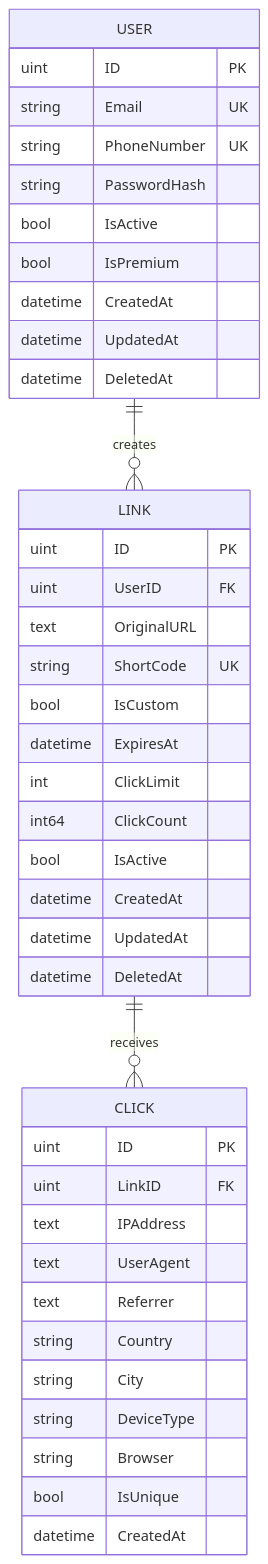
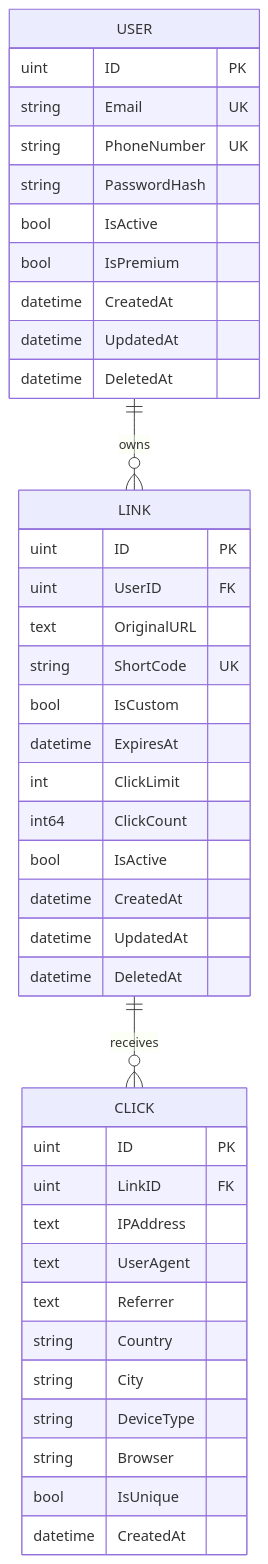
One commit to AmirMotefaker/LinkResan changed the third of 7 diagrams in README.md. Above: the diagram before and after it, drawn with Mermaid. The commit also changed other lines of this file, not shown here.

````diff
--- a/README.md
+++ b/README.md
@@ -250,46 +420,46 @@
 ```mermaid
 erDiagram
-    USER ||--o{ LINK : creates
+    USER ||--o{ LINK : owns
     LINK ||--o{ CLICK : receives
 
     USER {
         uint ID PK
         string Email UK
         string PhoneNumber UK
         string PasswordHash
         bool IsActive
         bool IsPremium
         datetime CreatedAt
         datetime UpdatedAt
         datetime DeletedAt
     }
 
     LINK {
         uint ID PK
         uint UserID FK
         text OriginalURL
         string ShortCode UK
         bool IsCustom
         datetime ExpiresAt
         int ClickLimit
         int64 ClickCount
         bool IsActive
         datetime CreatedAt
         datetime UpdatedAt
         datetime DeletedAt
     }
 
     CLICK {
         uint ID PK
         uint LinkID FK
         text IPAddress
         text UserAgent
         text Referrer
         string Country
         string City
         string DeviceType
         string Browser
         bool IsUnique
         datetime CreatedAt
     }
 ```
````
